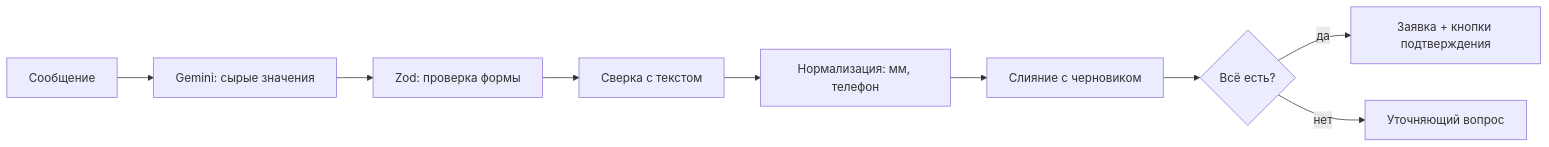
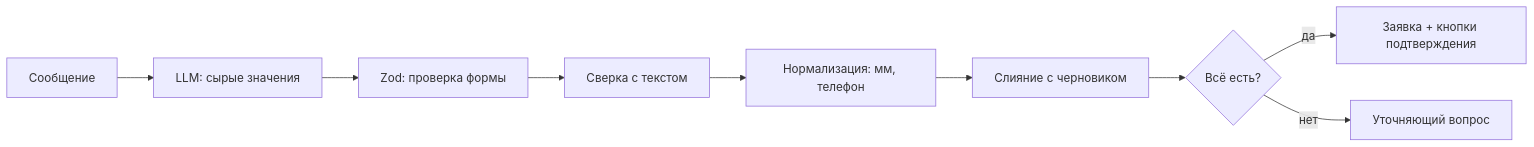
Before and after one commit to KirillDolzhenkov/avansum-app-bot: the diagram in README.md, drawn with Mermaid. The commit also changed other lines of this file and 10 other files, not shown here.

````diff
--- a/README.md
+++ b/README.md
@@ -21,11 +21,11 @@
 ```mermaid
 flowchart LR
-    msg[Сообщение] --> llm[Gemini: сырые значения]
+    msg[Сообщение] --> llm[LLM: сырые значения]
     llm --> zod[Zod: проверка формы]
     zod --> ground[Сверка с текстом]
     ground --> norm[Нормализация: мм, телефон]
     norm --> merge[Слияние с черновиком]
     merge --> decision{Всё есть?}
     decision -->|да| confirm[Заявка + кнопки подтверждения]
     decision -->|нет| ask[Уточняющий вопрос]
 ```
````
